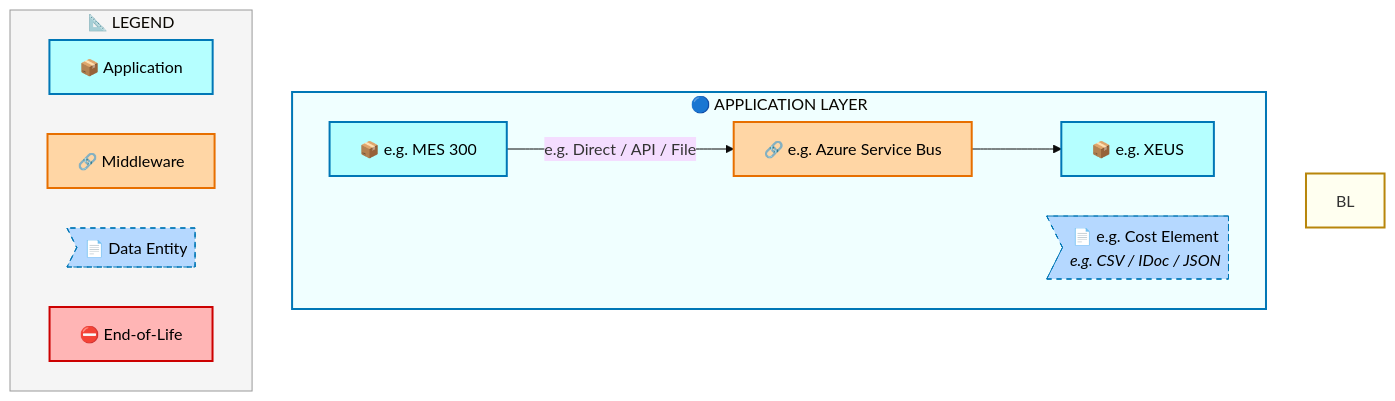
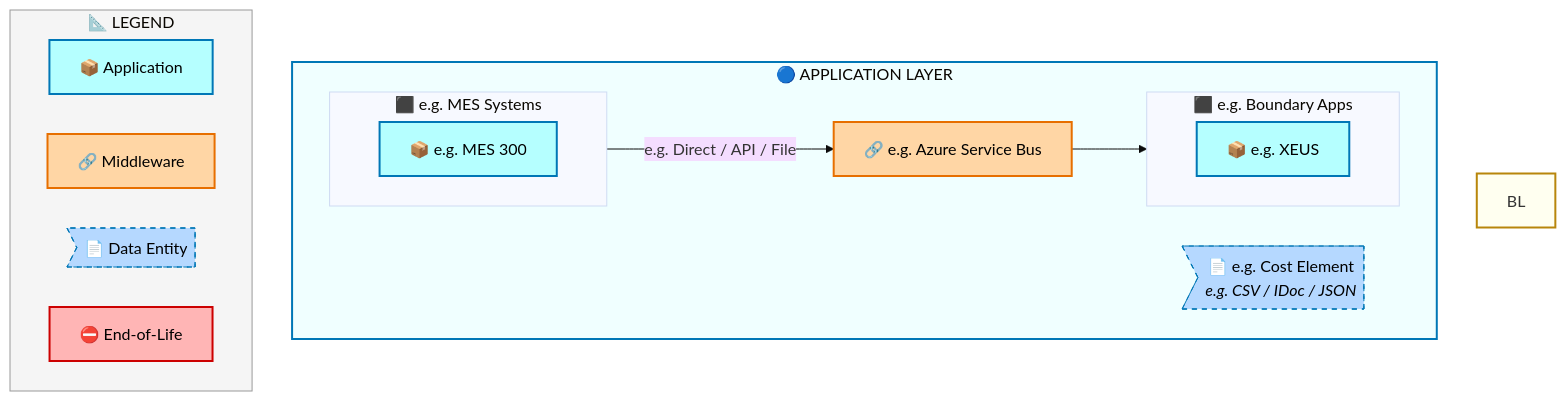
The fifth of 7 diagrams in towers/E2E/Procure to Pay/E2E-43/output/docs/systems-architecture/E2E-43-Architecture.md (sajivfrancis777/IAO-Architecture), drawn with Mermaid before and after one commit. The commit also changed other lines of this file and 375 other files, not shown here.

First line of the commit message:
fix: Mermaid subgraph syntax for lane names with parens + PDF print footer on every page

````diff
--- a/towers/E2E/Procure to Pay/E2E-43/output/docs/systems-architecture/E2E-43-Architecture.md
+++ b/towers/E2E/Procure to Pay/E2E-43/output/docs/systems-architecture/E2E-43-Architecture.md
@@ -559,34 +565,40 @@
 ```mermaid
 %%{init: {"theme": "base", "securityLevel": "loose", "themeVariables": {"fontSize": "16px", "fontFamily": "Segoe UI, Arial, sans-serif"}, "flowchart": {"useMaxWidth": false, "htmlLabels": true, "nodeSpacing": 40, "rankSpacing": 50}} }%%
 flowchart TB
     %% -- ArchiMate-inspired style classes --
     classDef business      fill:#FFFFB5,stroke:#B8860B,stroke-width:2px,color:#000
     classDef app           fill:#B5FFFF,stroke:#0077B6,stroke-width:2px,color:#000
     classDef data          fill:#B5D8FF,stroke:#0077B6,stroke-width:1px,color:#000,stroke-dasharray: 5 5
     classDef middleware    fill:#FFD6A5,stroke:#E76F00,stroke-width:2px,color:#000
     classDef eol           fill:#FFB5B5,stroke:#CC0000,stroke-width:2px,color:#000
 
     subgraph AL["🔵 APPLICATION LAYER"]
         direction LR
-        E2E43F_e_g_MES_300["📦 e.g. MES 300"]:::app
-        E2E43F_e_g_XEUS["📦 e.g. XEUS"]:::app
+        subgraph E2E43FLN_e_g_Boundary_Apps[" ⬛ e.g. Boundary Apps"]
+            direction LR
+            E2E43F_e_g_XEUS["📦 e.g. XEUS"]:::app
+        end
+        subgraph E2E43FLN_e_g_MES_Systems[" ⬛ e.g. MES Systems"]
+            direction LR
+            E2E43F_e_g_MES_300["📦 e.g. MES 300"]:::app
+        end
         E2E43FMW_e_g_Azure_Service_Bus["🔗 e.g. Azure Service Bus"]:::middleware
         E2E43FDE_e_g_Cost_Element>"📄 e.g. Cost Element<br/><i>e.g. CSV / IDoc / JSON</i>"]:::data
     end
 
     E2E43F_e_g_MES_300 -->|"e.g. Direct / API / File"| E2E43FMW_e_g_Azure_Service_Bus
     E2E43FMW_e_g_Azure_Service_Bus --> E2E43F_e_g_XEUS
 
 
     style BL fill:#FFFFF0,stroke:#B8860B,stroke-width:2px
     style AL fill:#F0FFFF,stroke:#0077B6,stroke-width:2px
 
     subgraph Legend["📐 LEGEND"]
         direction LR
         L_APP["📦 Application"]:::app
         L_MW["🔗 Middleware"]:::middleware
         L_DE>"📄 Data Entity"]:::data
         L_EOL["⛔ End-of-Life"]:::eol
     end
     style Legend fill:#F5F5F5,stroke:#999,stroke-width:1px
 ```
````
